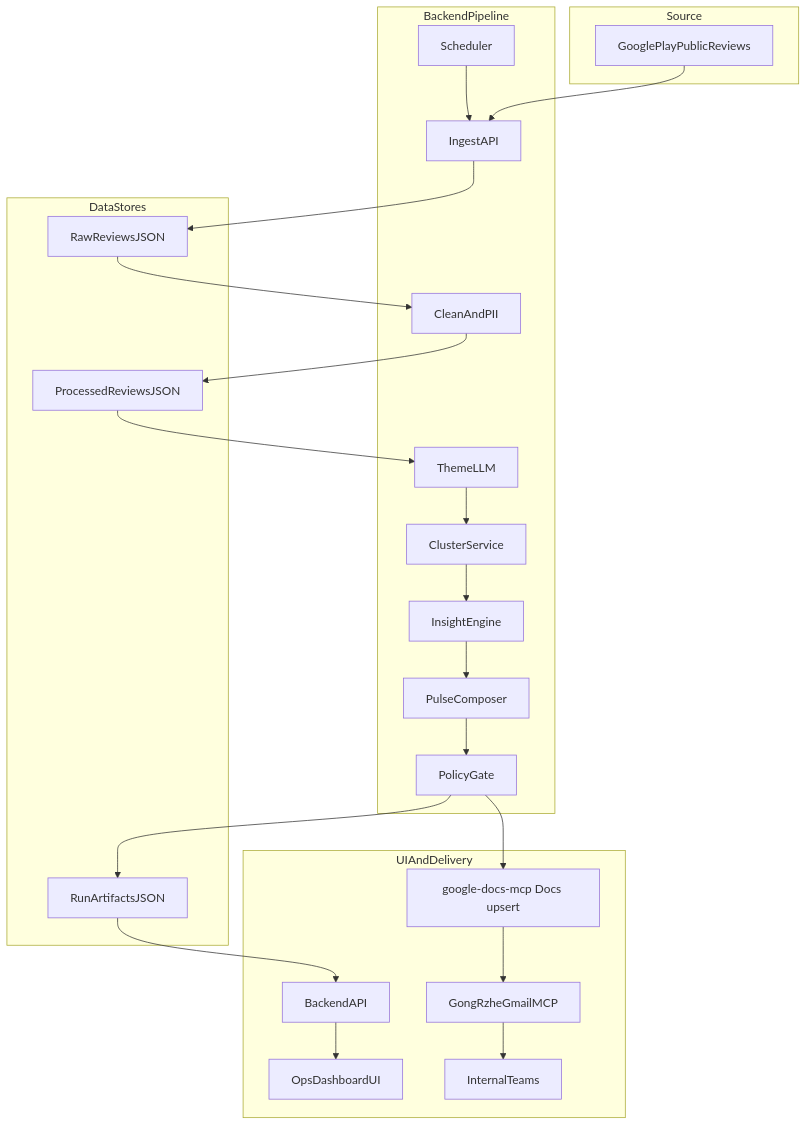
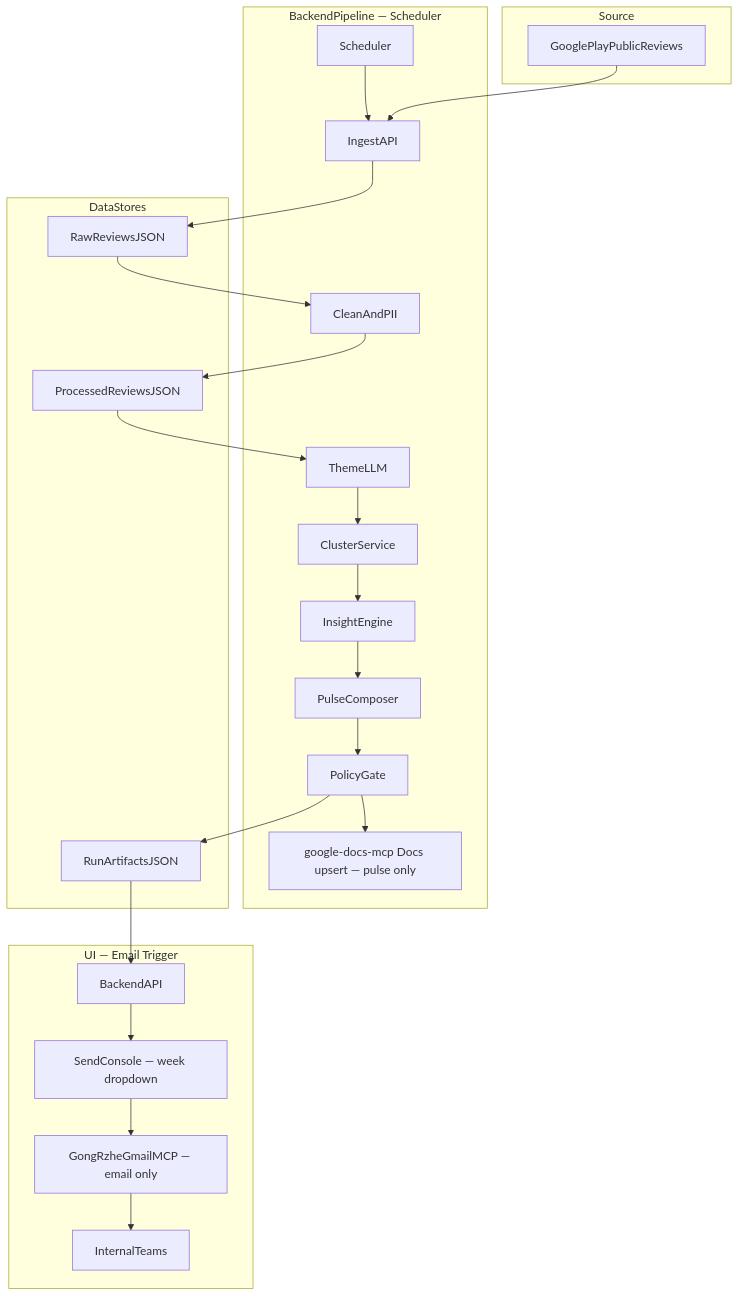
The first of 2 diagrams in Architecture.md (sonal-dks/weeklypulsemcp), drawn with Mermaid before and after one commit. The commit also changed other lines of this file and 64 other files, not shown here.

````diff
--- a/Architecture.md
+++ b/Architecture.md
@@ -18,48 +35,48 @@
 ```mermaid
 flowchart TB
   subgraph sourceLayer [Source]
     playStore[GooglePlayPublicReviews]
   end
 
-  subgraph backendLayer [BackendPipeline]
+  subgraph backendLayer [BackendPipeline — Scheduler]
     sched[Scheduler]
     ingest[IngestAPI]
     clean[CleanAndPII]
     theme[ThemeLLM]
     cluster[ClusterService]
     insight[InsightEngine]
     compose[PulseComposer]
     validate[PolicyGate]
+    gdoc[google-docs-mcp Docs upsert — pulse only]
   end
 
   subgraph dataLayer [DataStores]
     rawJson[RawReviewsJSON]
     procJson[ProcessedReviewsJSON]
     runArtifacts[RunArtifactsJSON]
   end
 
-  subgraph uiLayer [UIAndDelivery]
+  subgraph uiLayer [UI — Email Trigger]
     api[BackendAPI]
-    ui[OpsDashboardUI]
-    gdoc[google-docs-mcp Docs upsert]
-    mail[GongRzheGmailMCP]
+    ui[SendConsole — week dropdown]
+    mail[GongRzheGmailMCP — email only]
     users[InternalTeams]
   end
 
   sched --> ingest
   playStore --> ingest
   ingest --> rawJson
   rawJson --> clean
   clean --> procJson
   procJson --> theme
   theme --> cluster
   cluster --> insight
   insight --> compose
   compose --> validate
   validate --> runArtifacts
   validate --> gdoc
-  gdoc --> mail
   runArtifacts --> api
   api --> ui
+  ui --> mail
   mail --> users
 ```
````
